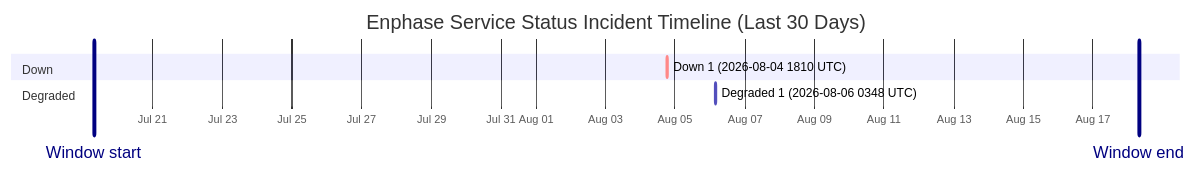
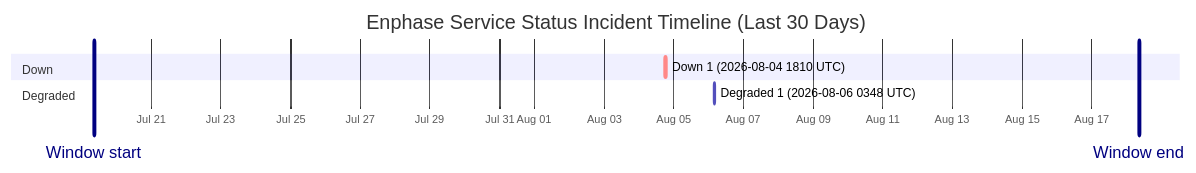
The diagram in wiki/Service-Status-History.md (barneyonline/ha-enphase-energy), drawn with Mermaid before and after one commit. The commit also changed other lines of this file and 3 other files, not shown here.

````diff
--- a/wiki/Service-Status-History.md
+++ b/wiki/Service-Status-History.md
@@ -14,12 +14,12 @@
 ```mermaid
 gantt
     title Enphase Service Status Incident Timeline (Last 30 Days)
     dateFormat  YYYY-MM-DDTHH:mm:ss
     axisFormat  %b %d
-    Window start :vert, window-start, 2026-07-19T07:35:42, 0ms
-    Window end :vert, window-end, 2026-08-18T07:35:42, 0ms
+    Window start :vert, window-start, 2026-07-19T08:33:56, 0ms
+    Window end :vert, window-end, 2026-08-18T08:33:56, 0ms
     section Down
     Down 1 (2026-08-04 1810 UTC) :crit, down-1, 2026-08-04T18:10:46, 60m
     section Degraded
     Degraded 1 (2026-08-06 0348 UTC) :active, degraded-1, 2026-08-06T03:48:14, 60m
 ```
````
